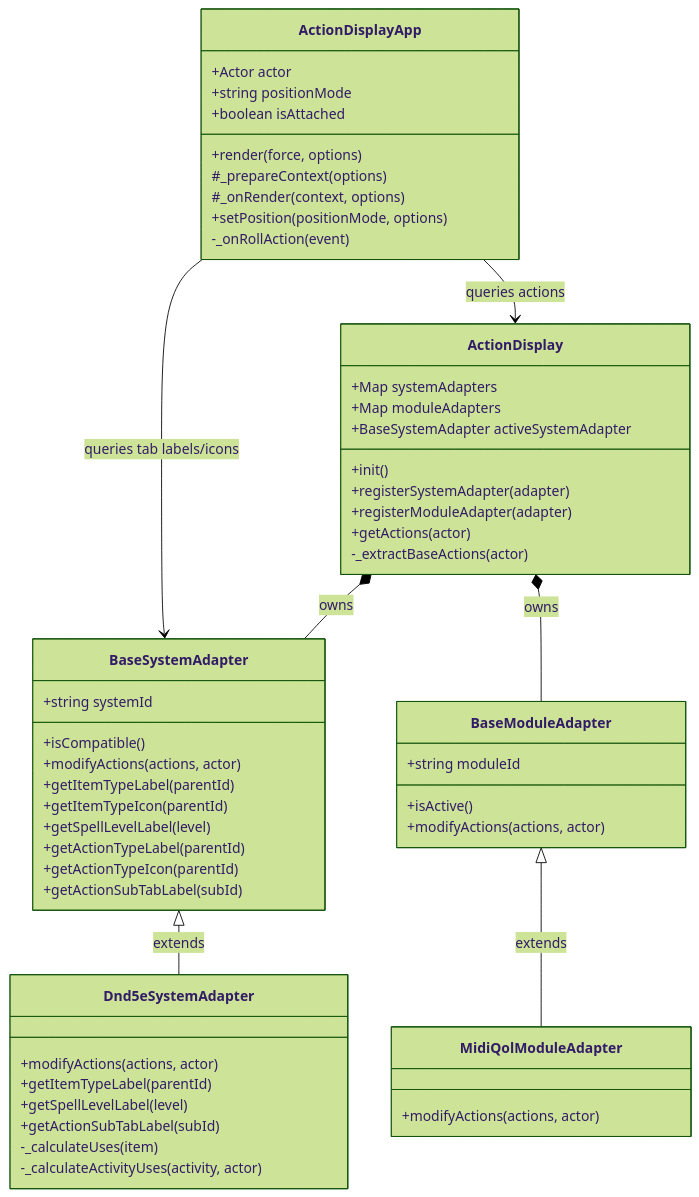
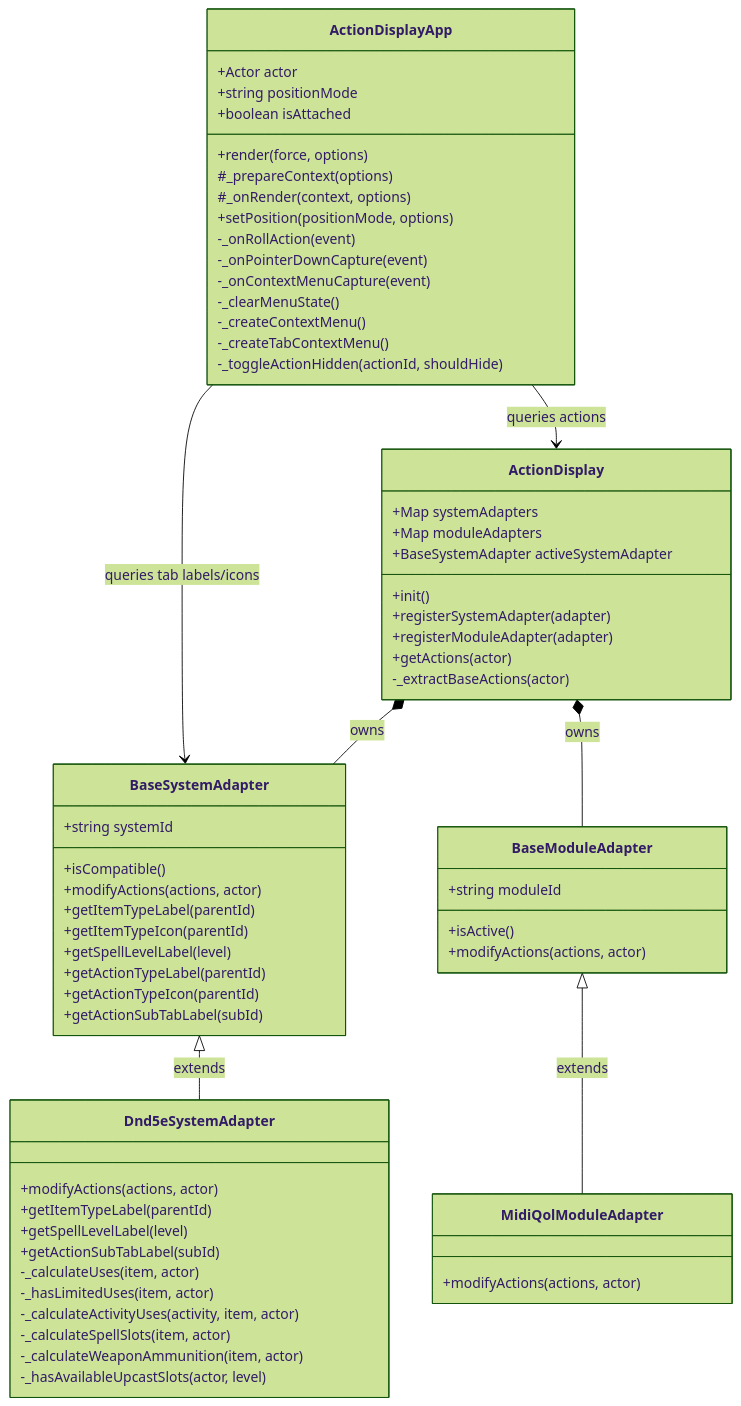
One commit to aljames-arctic/bakana-action-display changed the first of 2 diagrams in documents/architecture_guide.md. Above: the diagram before and after it, drawn with Mermaid (forest theme). The commit also changed other lines of this file, not shown here.

Commit message:
docs: update architecture guide with new resource calculations and context menu helpers

````diff
--- a/documents/architecture_guide.md
+++ b/documents/architecture_guide.md
@@ -74,62 +74,72 @@
 ```mermaid
 classDiagram
     class ActionDisplay {
         +Map systemAdapters
         +Map moduleAdapters
         +BaseSystemAdapter activeSystemAdapter
         +init()
         +registerSystemAdapter(adapter)
         +registerModuleAdapter(adapter)
         +getActions(actor)
         -_extractBaseActions(actor)
     }
 
     class BaseSystemAdapter {
         +string systemId
         +isCompatible()
         +modifyActions(actions, actor)
         +getItemTypeLabel(parentId)
         +getItemTypeIcon(parentId)
         +getSpellLevelLabel(level)
         +getActionTypeLabel(parentId)
         +getActionTypeIcon(parentId)
         +getActionSubTabLabel(subId)
     }
 
     class Dnd5eSystemAdapter {
         +modifyActions(actions, actor)
         +getItemTypeLabel(parentId)
         +getSpellLevelLabel(level)
         +getActionSubTabLabel(subId)
-        -_calculateUses(item)
-        -_calculateActivityUses(activity, actor)
+        -_calculateUses(item, actor)
+        -_hasLimitedUses(item, actor)
+        -_calculateActivityUses(activity, item, actor)
+        -_calculateSpellSlots(item, actor)
+        -_calculateWeaponAmmunition(item, actor)
+        -_hasAvailableUpcastSlots(actor, level)
     }
 
     class BaseModuleAdapter {
         +string moduleId
         +isActive()
         +modifyActions(actions, actor)
     }
 
     class MidiQolModuleAdapter {
         +modifyActions(actions, actor)
     }
 
     class ActionDisplayApp {
         +Actor actor
         +string positionMode
         +boolean isAttached
         +render(force, options)
         #_prepareContext(options)
         #_onRender(context, options)
         +setPosition(positionMode, options)
         -_onRollAction(event)
+        -_onPointerDownCapture(event)
+        -_onContextMenuCapture(event)
+        -_clearMenuState()
+        -_createContextMenu()
+        -_createTabContextMenu()
+        -_toggleActionHidden(actionId, shouldHide)
     }
 
     ActionDisplayApp --> ActionDisplay : queries actions
     ActionDisplayApp --> BaseSystemAdapter : queries tab labels/icons
     ActionDisplay *-- BaseSystemAdapter : owns
     ActionDisplay *-- BaseModuleAdapter : owns
     BaseSystemAdapter <|-- Dnd5eSystemAdapter : extends
     BaseModuleAdapter <|-- MidiQolModuleAdapter : extends
 ```
````
